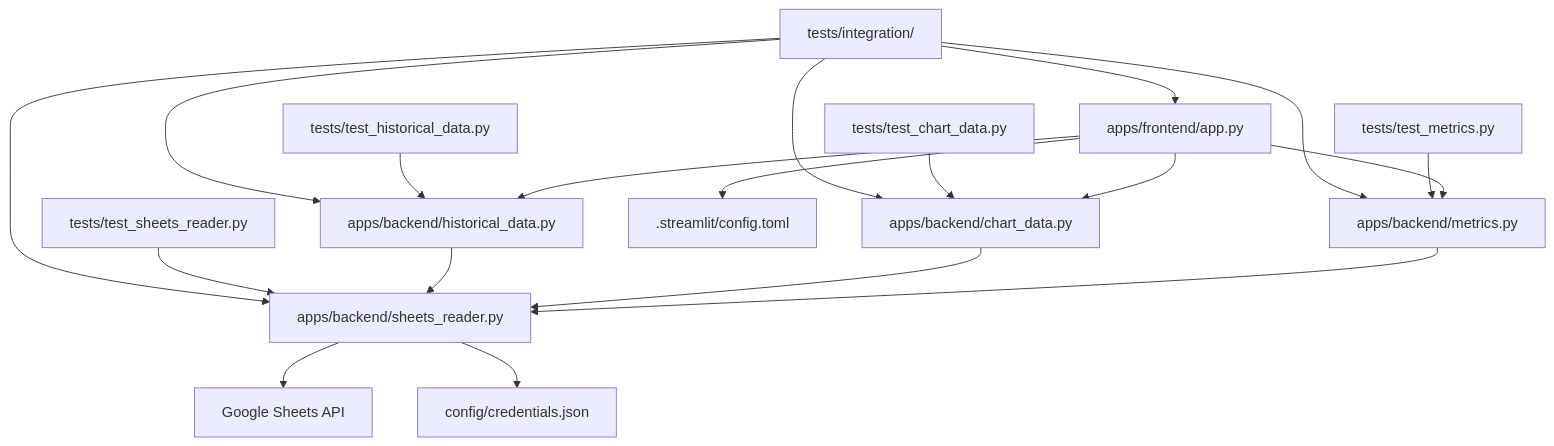
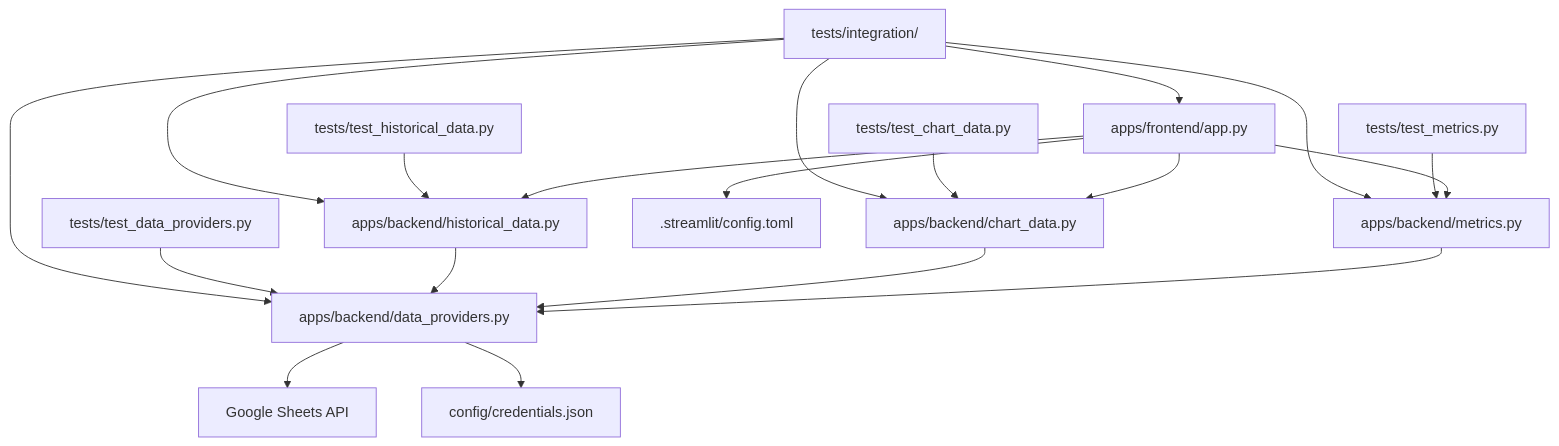
One commit to AojdevStudio/dental-analytics changed the diagram in docs/architecture/source-tree.md. Above: the diagram before and after it, drawn with Mermaid. The commit also changed other lines of this file and 39 other files, not shown here.

````diff
--- a/docs/architecture/source-tree.md
+++ b/docs/architecture/source-tree.md
@@ -233,22 +233,22 @@
 ```mermaid
 graph TD
     A[apps/frontend/app.py] --> B[apps/backend/metrics.py]
     A --> H[apps/backend/chart_data.py]
     A --> I[apps/backend/historical_data.py]
-    B --> C[apps/backend/sheets_reader.py]
+    B --> C[apps/backend/data_providers.py]
     H --> C
     I --> C
     C --> D[Google Sheets API]
     C --> E[config/credentials.json]
     A --> F[.streamlit/config.toml]
 
     T1[tests/test_metrics.py] --> B
-    T2[tests/test_sheets_reader.py] --> C
+    T2[tests/test_data_providers.py] --> C
     T4[tests/test_chart_data.py] --> H
     T5[tests/test_historical_data.py] --> I
     T3[tests/integration/] --> A
     T3 --> B
     T3 --> C
     T3 --> H
     T3 --> I
 ```
````
